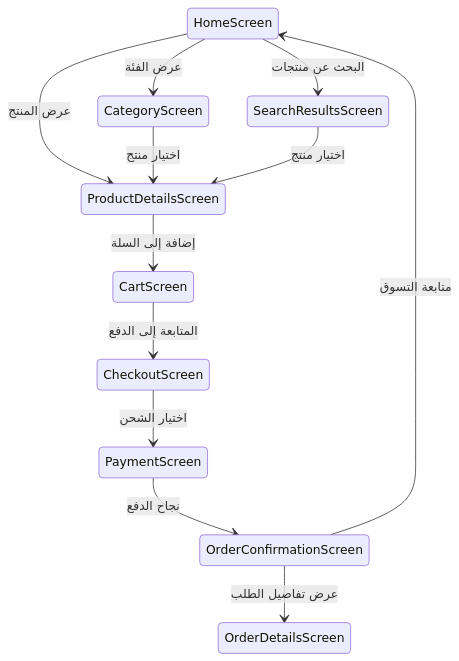
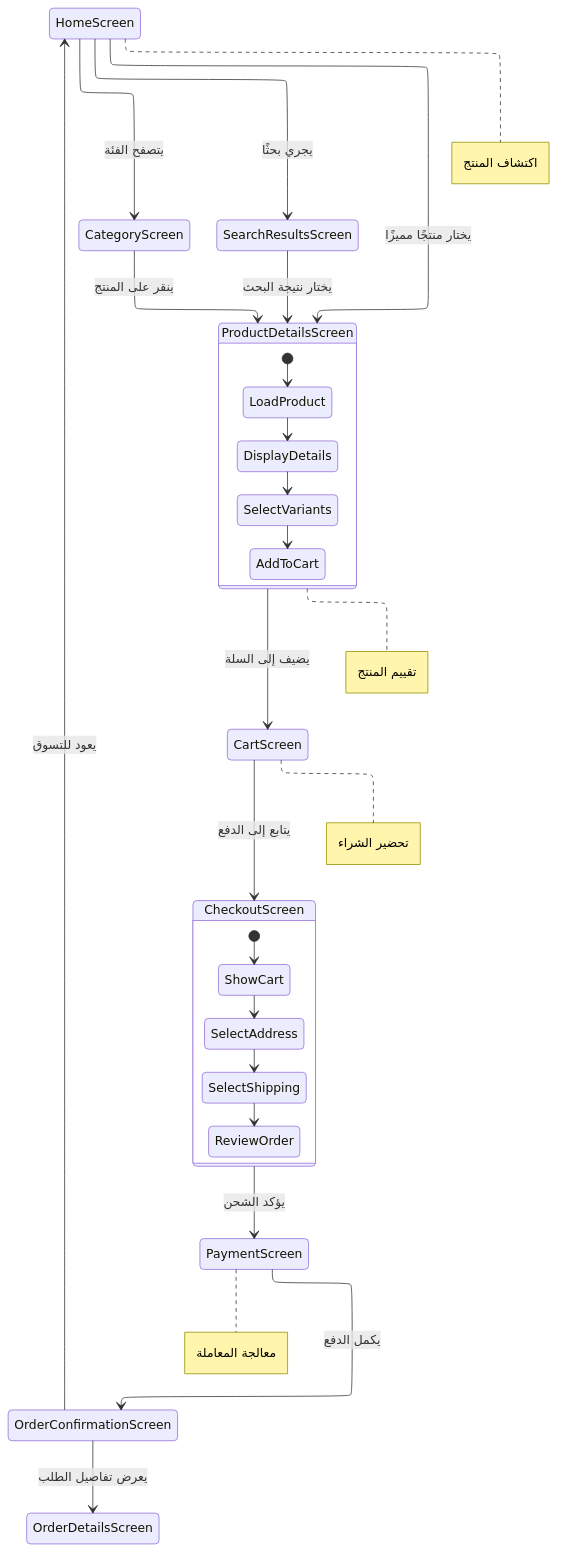
Before and after one commit to GeniusSystems24/genius_store: the third of 4 diagrams in lib/presentation/screens/README-ar.md, drawn with Mermaid. The commit also changed other lines of this file and 60 other files, not shown here.

Commit message:
- add animations to diagrams.

````diff
--- a/lib/presentation/screens/README-ar.md
+++ b/lib/presentation/screens/README-ar.md
@@ -74,14 +108,38 @@
 ```mermaid
+---
+config:
+  look: classic
+  layout: elk
+---
 stateDiagram-v2
-    HomeScreen --> CategoryScreen: عرض الفئة
-    HomeScreen --> SearchResultsScreen: البحث عن منتجات
-    HomeScreen --> ProductDetailsScreen: عرض المنتج
-    CategoryScreen --> ProductDetailsScreen: اختيار منتج
-    SearchResultsScreen --> ProductDetailsScreen: اختيار منتج
-    ProductDetailsScreen --> CartScreen: إضافة إلى السلة
-    CartScreen --> CheckoutScreen: المتابعة إلى الدفع
-    CheckoutScreen --> PaymentScreen: اختيار الشحن
-    PaymentScreen --> OrderConfirmationScreen: نجاح الدفع
-    OrderConfirmationScreen --> HomeScreen: متابعة التسوق
-    OrderConfirmationScreen --> OrderDetailsScreen: عرض تفاصيل الطلب
+    HomeScreen --> CategoryScreen: يتصفح الفئة
+    HomeScreen --> SearchResultsScreen: يجري بحثًا
+    HomeScreen --> ProductDetailsScreen: يختار منتجًا مميزًا
+    CategoryScreen --> ProductDetailsScreen: ينقر على المنتج
+    SearchResultsScreen --> ProductDetailsScreen: يختار نتيجة البحث
+    ProductDetailsScreen --> CartScreen: يضيف إلى السلة
+    CartScreen --> CheckoutScreen: يتابع إلى الدفع
+    CheckoutScreen --> PaymentScreen: يؤكد الشحن
+    PaymentScreen --> OrderConfirmationScreen: يكمل الدفع
+    OrderConfirmationScreen --> HomeScreen: يعود للتسوق
+    OrderConfirmationScreen --> OrderDetailsScreen: يعرض تفاصيل الطلب
+    
+    note right of HomeScreen: اكتشاف المنتج
+    note right of ProductDetailsScreen: تقييم المنتج
+    note right of CartScreen: تحضير الشراء
+    note right of PaymentScreen: معالجة المعاملة
+    
+    state ProductDetailsScreen {
+        [*] --> LoadProduct
+        LoadProduct --> DisplayDetails
+        DisplayDetails --> SelectVariants
+        SelectVariants --> AddToCart
+    }
+    
+    state CheckoutScreen {
+        [*] --> ShowCart
+        ShowCart --> SelectAddress
+        SelectAddress --> SelectShipping
+        SelectShipping --> ReviewOrder
+    }
 ```
````
